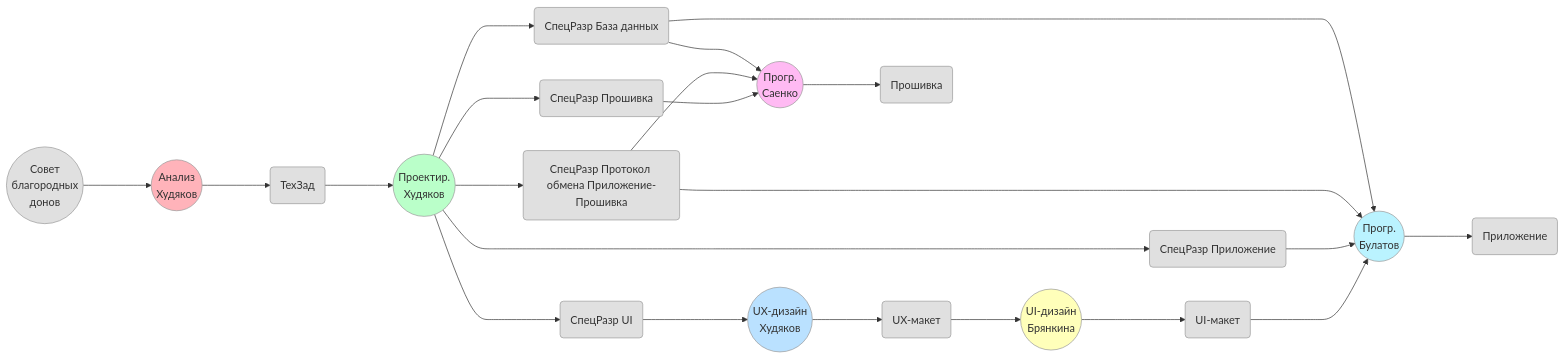
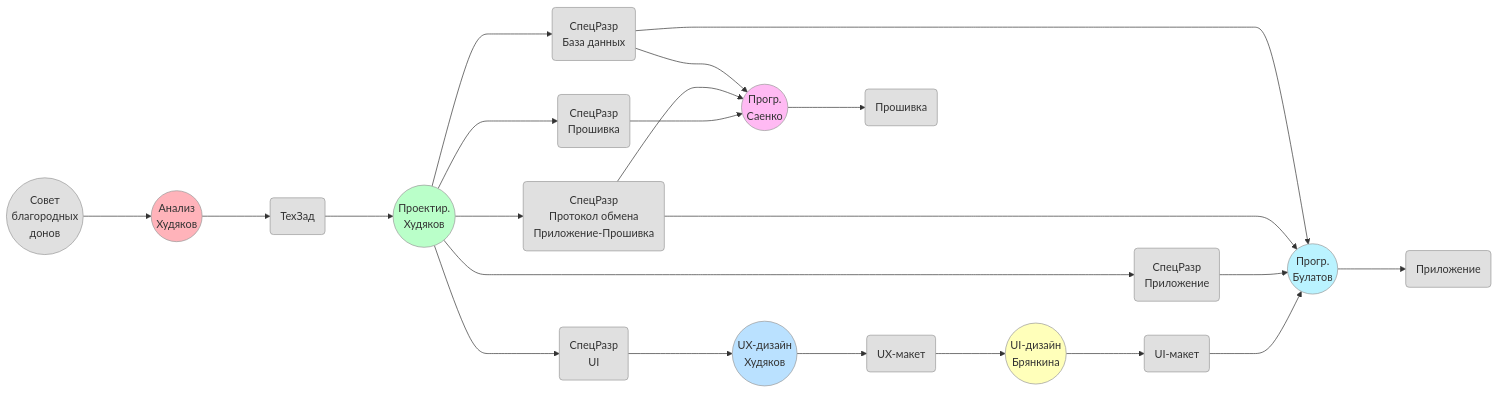
Before and after one commit to KhudyakovAlex/Synapse: the diagram in Project/process.md, drawn with Mermaid. The commit also changed 15 other files, not shown here.

Commit message:
Add diagram preview with click-to-enlarge functionality

````diff
--- a/Project/process.md
+++ b/Project/process.md
@@ -3,75 +3,75 @@
 ```mermaid
 flowchart LR
     SBD((Совет<br>благородных<br>донов))
     
     ANAL((Анализ<br>Худяков))
     
     PRD( ТехЗад )
     
     PRO((Проектир.<br>Худяков))
     
-    DSUI( СпецРазр UI )
-    DSAPP( СпецРазр Приложение )
-    DSDB( СпецРазр База данных )
-    DSP(СпецРазр Протокол обмена Приложение-Прошивка)
-    DSFW( СпецРазр Прошивка )
+    DSUI( СпецРазр<br>UI )
+    DSAPP( СпецРазр<br>Приложение )
+    DSDB( СпецРазр<br>База данных )
+    DSP(СпецРазр<br>Протокол обмена<br>Приложение-Прошивка)
+    DSFW( СпецРазр<br>Прошивка )
 
     UIUXD((UX-дизайн<br>Худяков))
     UIUX( UX-макет )
     APPD(( Прогр.<br>Булатов ))
 
     FWD(( Прогр.<br>Саенко ))
 
     UIUID((UI-дизайн<br>Брянкина))
     UIUI( UI-макет )
 
     FW( Прошивка )
     APP( Приложение )
 
     SBD ---> ANAL
     ANAL ---> PRD
     PRD ---> PRO
     PRO ---> DSUI
     PRO ---> DSFW
     PRO ---> DSAPP
     PRO ---> DSP
     PRO ---> DSDB
 
     DSUI ---> UIUXD
     UIUXD ---> UIUX
     UIUX ---> UIUID
     UIUID ---> UIUI
 
     UIUI ---> APPD
     DSAPP ---> APPD
     DSP ---> APPD
     DSDB ---> APPD
 
     DSFW ---> FWD
     DSP ---> FWD
     DSDB ---> FWD
 
     FWD ---> FW
     APPD ---> APP
 
     style ANAL fill:#FFB3BA,stroke:#999
     style PRO fill:#BAFFC9,stroke:#999
     style UIUXD fill:#BAE1FF,stroke:#999
     style UIUID fill:#FFFFBA,stroke:#999
     style APPD fill:#BAF3FF,stroke:#999
     style FWD fill:#FFBAF3,stroke:#999
     
     style SBD fill:#E0E0E0,stroke:#999
     style PRD fill:#E0E0E0,stroke:#999
     style DSUI fill:#E0E0E0,stroke:#999
     style DSAPP fill:#E0E0E0,stroke:#999
     style DSDB fill:#E0E0E0,stroke:#999
     style DSP fill:#E0E0E0,stroke:#999
     style DSFW fill:#E0E0E0,stroke:#999
     style UIUX fill:#E0E0E0,stroke:#999
     style UIUI fill:#E0E0E0,stroke:#999
     style FW fill:#E0E0E0,stroke:#999
     style APP fill:#E0E0E0,stroke:#999
 
     click PRD "https://khudyakovalex.github.io/Synapse/INDEX/PRD/SynapsePRD.html"
 ```
````
